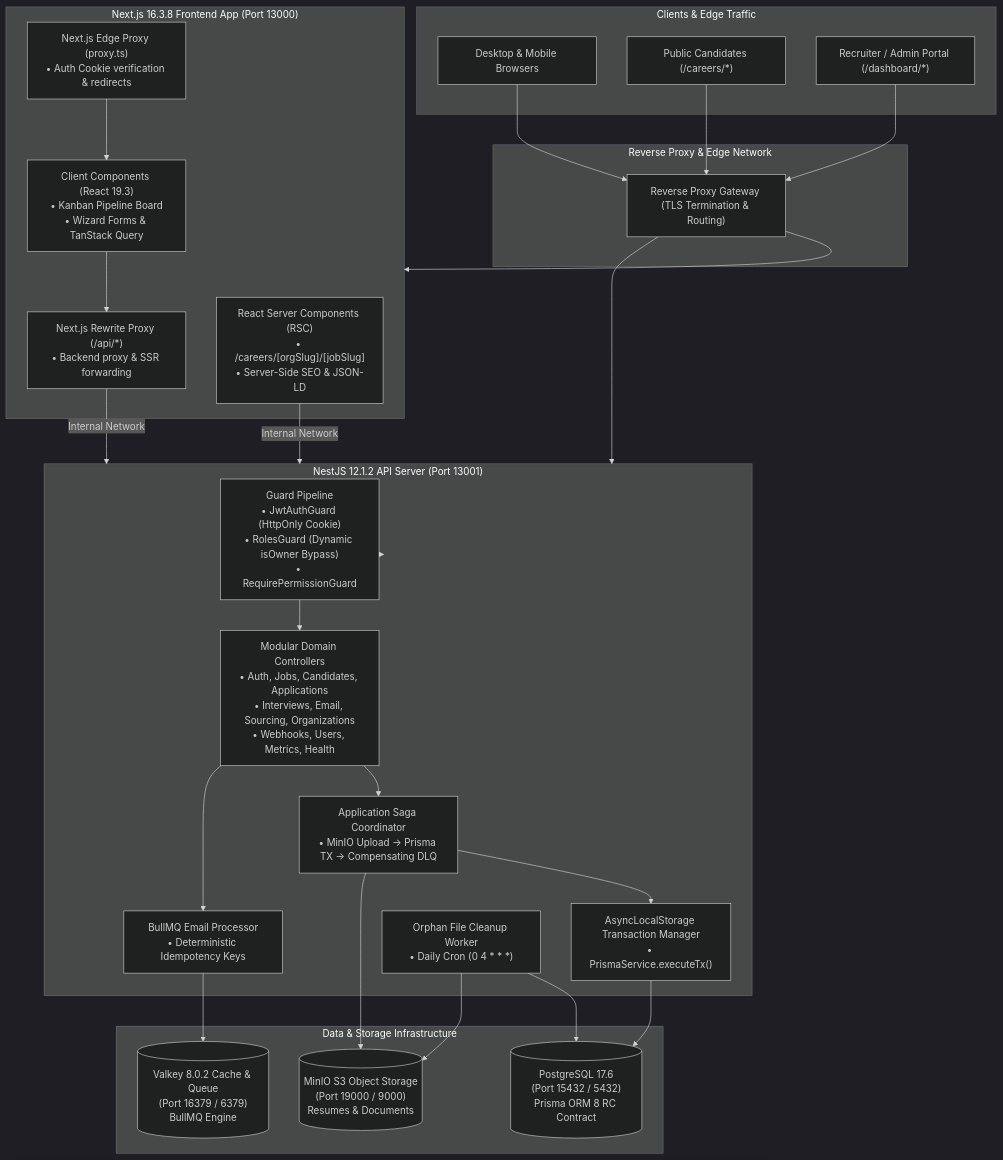
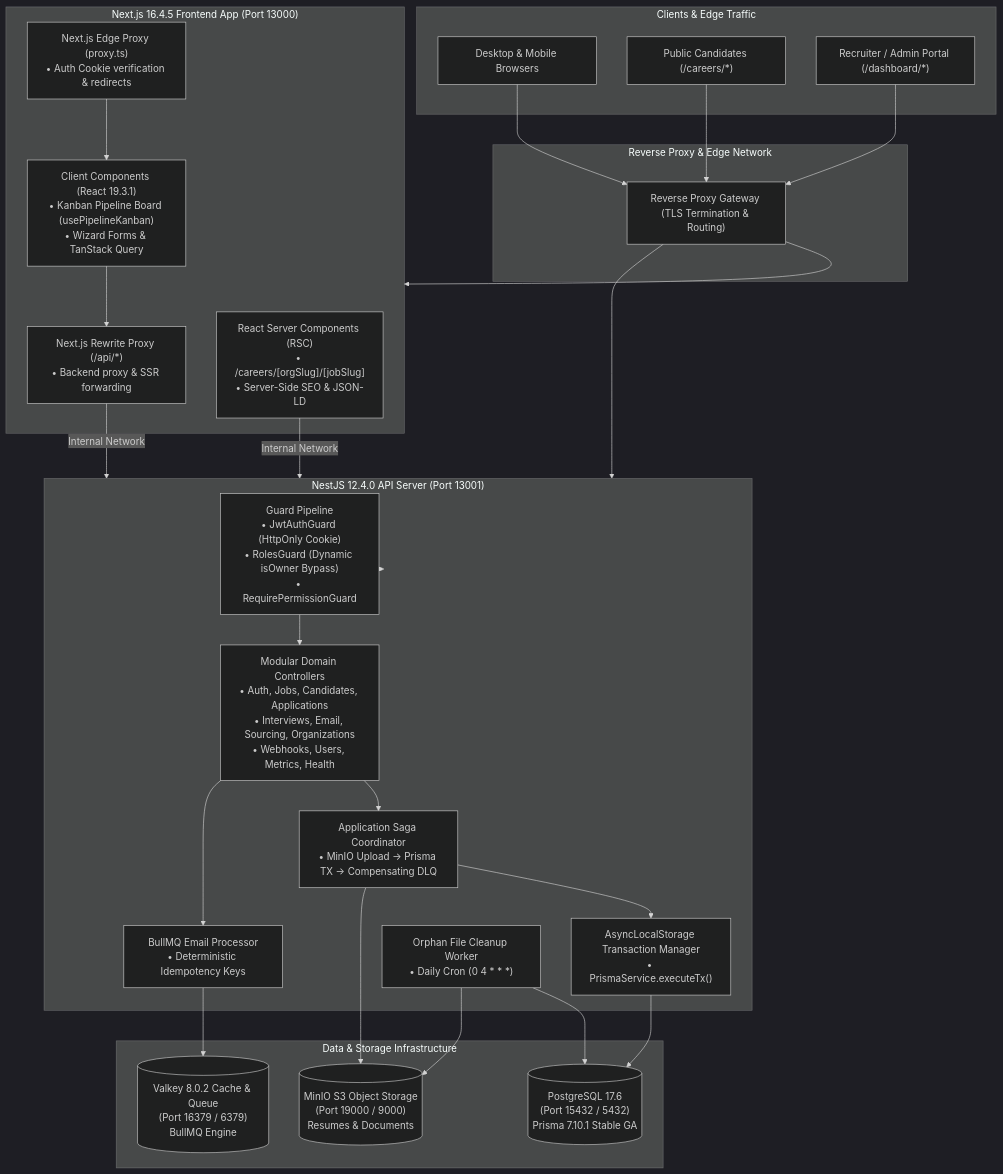
One commit to ntuan2502/haihire changed the diagram in docs/architecture/system-overview.md. Above: the diagram before and after it, drawn with Mermaid (dark theme). The commit also changed other lines of this file and 19 other files, not shown here.

Commit message:
docs(all): synchronize outdated documentation across architecture and guides

````diff
--- a/docs/architecture/system-overview.md
+++ b/docs/architecture/system-overview.md
@@ -10,56 +10,56 @@
 ```mermaid
 flowchart TB
     subgraph Clients["Clients & Edge Traffic"]
         Browser["Desktop & Mobile Browsers"]
         Candidate["Public Candidates (/careers/*)"]
         Recruiter["Recruiter / Admin Portal (/dashboard/*)"]
     end
 
     subgraph Edge["Reverse Proxy & Edge Network"]
         Gateway["Reverse Proxy Gateway (TLS Termination & Routing)"]
     end
 
-    subgraph FrontendCluster["Next.js 16.3.8 Frontend App (Port 13000)"]
+    subgraph FrontendCluster["Next.js 16.4.5 Frontend App (Port 13000)"]
         RSC["React Server Components (RSC)\n• /careers/[orgSlug]/[jobSlug]\n• Server-Side SEO & JSON-LD"]
-        ClientApp["Client Components (React 19.3)\n• Kanban Pipeline Board\n• Wizard Forms & TanStack Query"]
+        ClientApp["Client Components (React 19.3.1)\n• Kanban Pipeline Board (usePipelineKanban)\n• Wizard Forms & TanStack Query"]
         EdgeProxy["Next.js Edge Proxy (proxy.ts)\n• Auth Cookie verification & redirects"]
         RewriteProxy["Next.js Rewrite Proxy (/api/*)\n• Backend proxy & SSR forwarding"]
     end
 
-    subgraph BackendCluster["NestJS 12.1.2 API Server (Port 13001)"]
+    subgraph BackendCluster["NestJS 12.4.0 API Server (Port 13001)"]
         GuardLayer["Guard Pipeline\n• JwtAuthGuard (HttpOnly Cookie)\n• RolesGuard (Dynamic isOwner Bypass)\n• RequirePermissionGuard"]
         Controllers["Modular Domain Controllers\n• Auth, Jobs, Candidates, Applications\n• Interviews, Email, Sourcing, Organizations\n• Webhooks, Users, Metrics, Health"]
         SagaService["Application Saga Coordinator\n• MinIO Upload -> Prisma TX -> Compensating DLQ"]
         ALS["AsyncLocalStorage Transaction Manager\n• PrismaService.executeTx()"]
         EmailWorker["BullMQ Email Processor\n• Deterministic Idempotency Keys"]
         OrphanWorker["Orphan File Cleanup Worker\n• Daily Cron (0 4 * * *)"]
     end
 
     subgraph DataTier["Data & Storage Infrastructure"]
-        Postgres[("PostgreSQL 17.6\n(Port 15432 / 5432)\nPrisma ORM 8 RC Contract")]
+        Postgres[("PostgreSQL 17.6\n(Port 15432 / 5432)\nPrisma 7.10.1 Stable GA")]
         Valkey[("Valkey 8.0.2 Cache & Queue\n(Port 16379 / 6379)\nBullMQ Engine")]
         MinIO[("MinIO S3 Object Storage\n(Port 19000 / 9000)\nResumes & Documents")]
     end
 
     Browser --> Gateway
     Candidate --> Gateway
     Recruiter --> Gateway
     Gateway --> FrontendCluster
     Gateway --> BackendCluster
 
     EdgeProxy --> ClientApp
     ClientApp --> RewriteProxy
     RSC -->|Internal Network| BackendCluster
     RewriteProxy -->|Internal Network| BackendCluster
 
     BackendCluster --> GuardLayer
     GuardLayer --> Controllers
     Controllers --> SagaService
     SagaService --> ALS
     ALS --> Postgres
     SagaService --> MinIO
     Controllers --> EmailWorker
     EmailWorker --> Valkey
     OrphanWorker --> Postgres
     OrphanWorker --> MinIO
 ```
````
